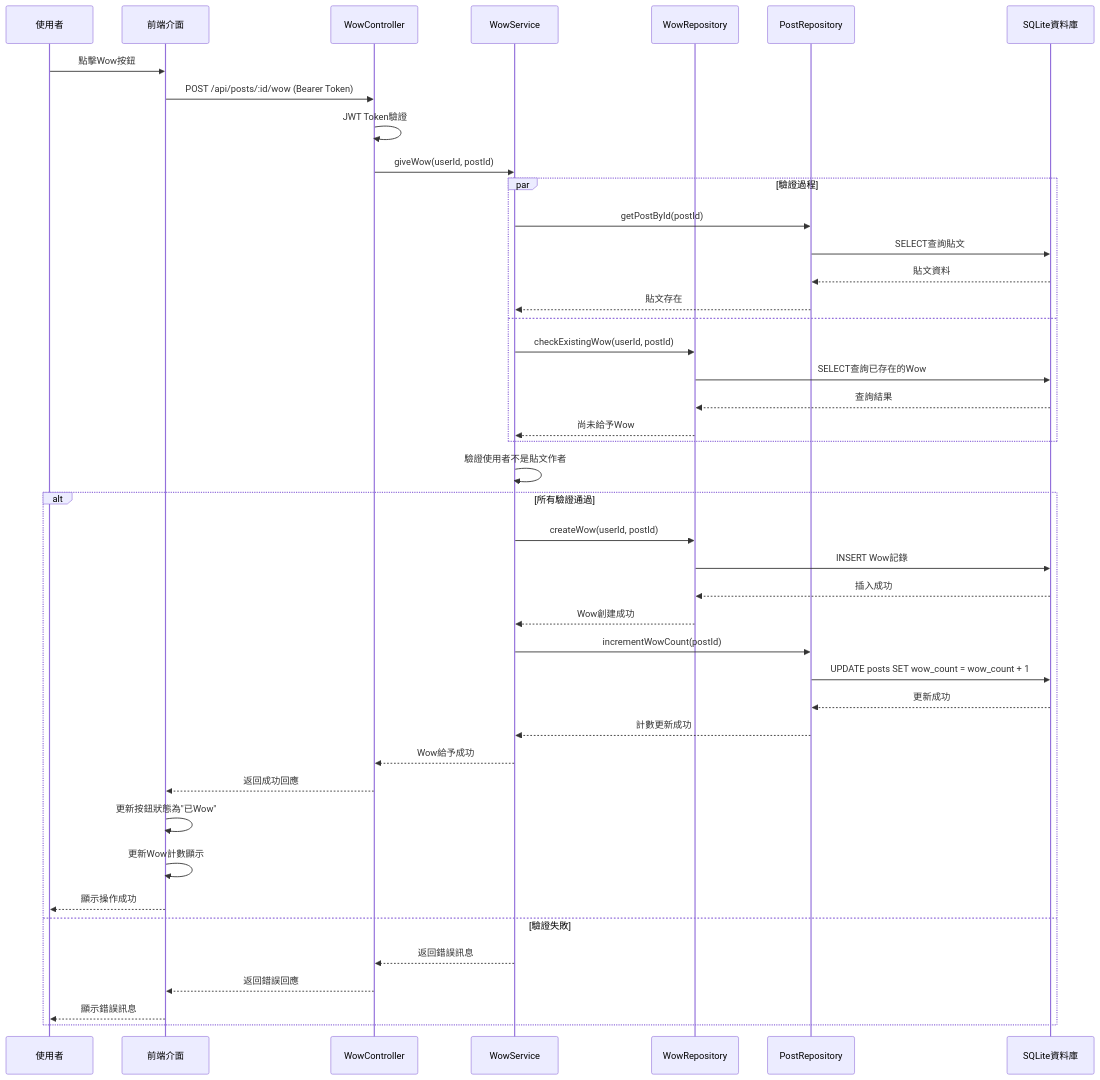
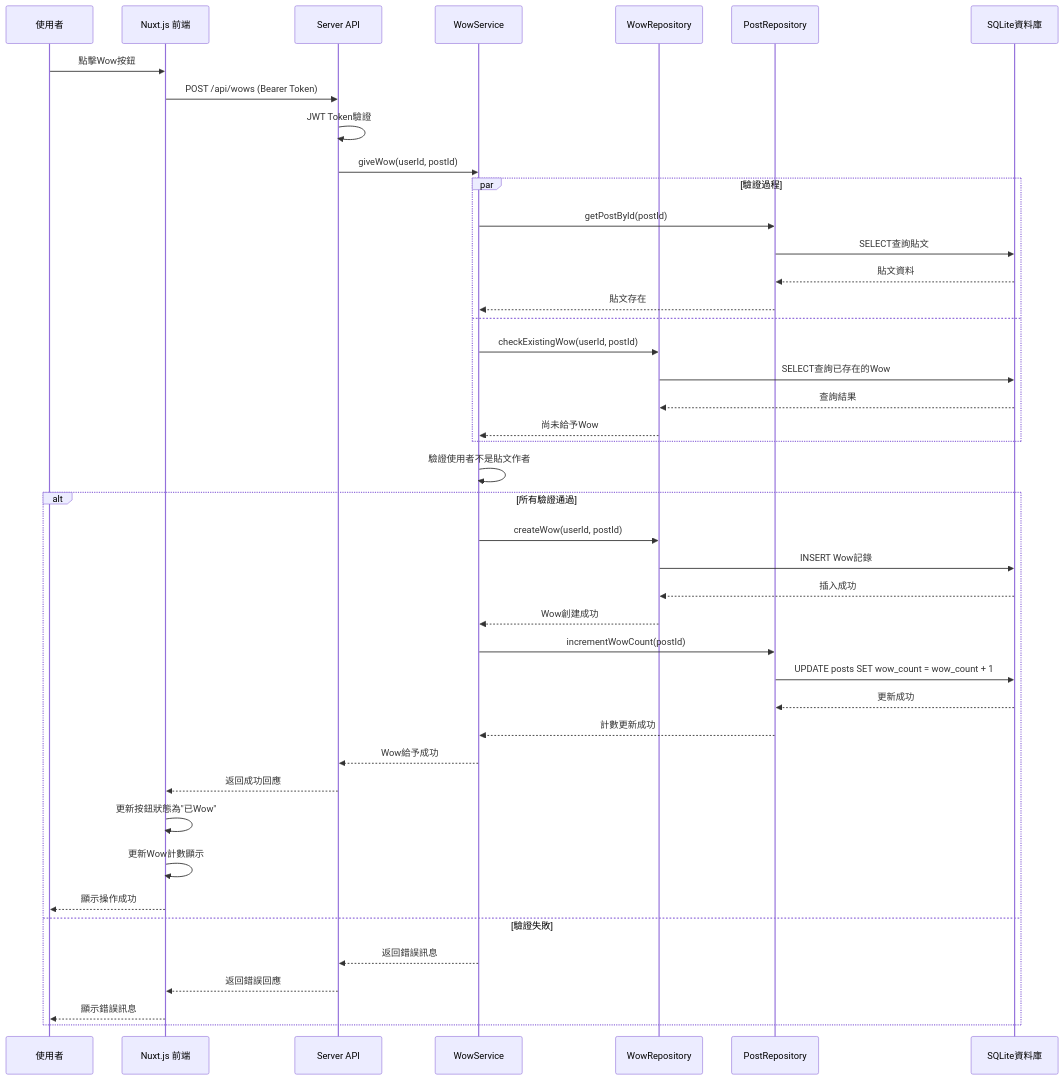
The fourth of 8 diagrams in aotter-wow-system/docs/sequence-diagram.md (ayugioh2003/ooad-ai), drawn with Mermaid before and after one commit. The commit also changed other lines of this file and 3 other files, not shown here.

First line of the commit message:
Refactor architecture documentation to reflect Nuxt.js integration and update class and sequence diagrams for API handlers

````diff
--- a/aotter-wow-system/docs/sequence-diagram.md
+++ b/aotter-wow-system/docs/sequence-diagram.md
@@ -112,49 +112,49 @@
 ```mermaid
 sequenceDiagram
     participant User as 使用者
-    participant UI as 前端介面
-    participant WC as WowController
+    participant UI as Nuxt.js 前端
+    participant API as Server API
     participant WS as WowService
     participant WR as WowRepository
     participant PR as PostRepository
     participant DB as SQLite資料庫
 
     User->>UI: 點擊Wow按鈕
-    UI->>WC: POST /api/posts/:id/wow (Bearer Token)
-    WC->>WC: JWT Token驗證
-    WC->>WS: giveWow(userId, postId)
+    UI->>API: POST /api/wows (Bearer Token)
+    API->>API: JWT Token驗證
+    API->>WS: giveWow(userId, postId)
     
     par 驗證過程
         WS->>PR: getPostById(postId)
         PR->>DB: SELECT查詢貼文
         DB-->>PR: 貼文資料
         PR-->>WS: 貼文存在
     and
         WS->>WR: checkExistingWow(userId, postId)
         WR->>DB: SELECT查詢已存在的Wow
         DB-->>WR: 查詢結果
         WR-->>WS: 尚未給予Wow
     end
     
     WS->>WS: 驗證使用者不是貼文作者
     
     alt 所有驗證通過
         WS->>WR: createWow(userId, postId)
         WR->>DB: INSERT Wow記錄
         DB-->>WR: 插入成功
         WR-->>WS: Wow創建成功
         WS->>PR: incrementWowCount(postId)
         PR->>DB: UPDATE posts SET wow_count = wow_count + 1
         DB-->>PR: 更新成功
         PR-->>WS: 計數更新成功
-        WS-->>WC: Wow給予成功
-        WC-->>UI: 返回成功回應
+        WS-->>API: Wow給予成功
+        API-->>UI: 返回成功回應
         UI->>UI: 更新按鈕狀態為"已Wow"
         UI->>UI: 更新Wow計數顯示
         UI-->>User: 顯示操作成功
     else 驗證失敗
-        WS-->>WC: 返回錯誤訊息
-        WC-->>UI: 返回錯誤回應
+        WS-->>API: 返回錯誤訊息
+        API-->>UI: 返回錯誤回應
         UI-->>User: 顯示錯誤訊息
     end
 ```
````
